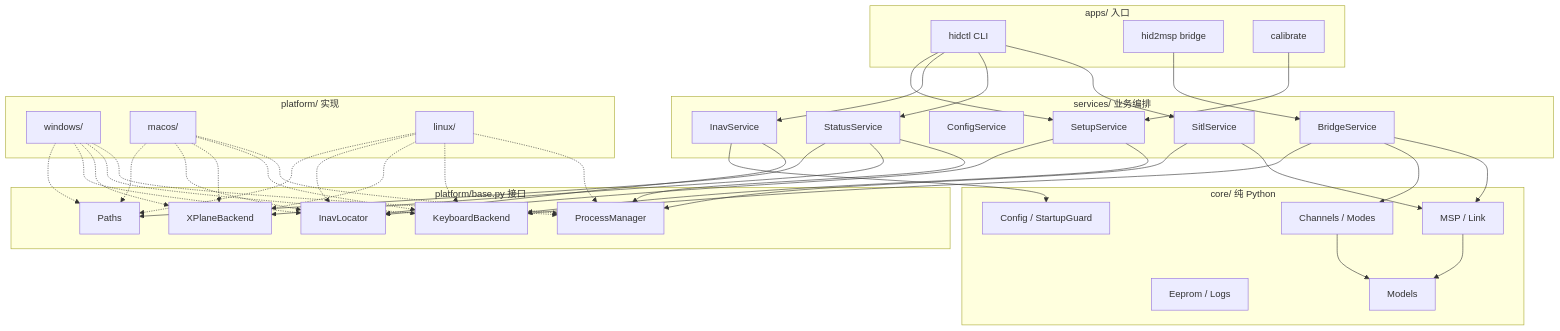
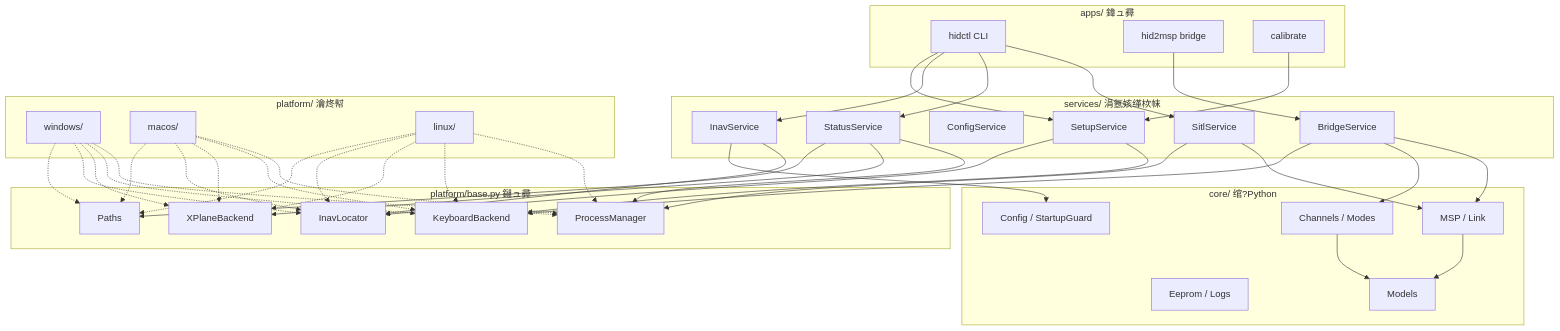
One commit to XinyiLiu577086410/Joystick-for-iNav-XPlane11-SITL changed the second of 9 diagrams in docs/cross-platform-refactor-plan.md. Above: the diagram before and after it, drawn with Mermaid. The commit also changed other lines of this file and 14 other files, not shown here.

````diff
--- a/docs/cross-platform-refactor-plan.md
+++ b/docs/cross-platform-refactor-plan.md
@@ -280,78 +240,78 @@
 ```mermaid
 flowchart TB
-    subgraph Apps["apps/ 入口"]
+    subgraph Apps["apps/ 鍏ュ彛"]
         A1["hidctl CLI"]
         A2["hid2msp bridge"]
         A3["calibrate"]
     end
 
-    subgraph Services["services/ 业务编排"]
+    subgraph Services["services/ 涓氬姟缂栨帓"]
         S1["SitlService"]
         S2["BridgeService"]
         S3["ConfigService"]
         S4["StatusService"]
         S5["InavService"]
         S6["SetupService"]
     end
 
-    subgraph Core["core/ 纯 Python"]
+    subgraph Core["core/ 绾?Python"]
         C1["MSP / Link"]
         C2["Channels / Modes"]
         C3["Config / StartupGuard"]
         C4["Eeprom / Logs"]
         C5["Models"]
     end
 
-    subgraph Ports["platform/base.py 接口"]
+    subgraph Ports["platform/base.py 鎺ュ彛"]
         P1["ProcessManager"]
         P2["KeyboardBackend"]
         P3["XPlaneBackend"]
         P4["InavLocator"]
         P5["Paths"]
     end
 
-    subgraph Impl["platform/ 实现"]
+    subgraph Impl["platform/ 瀹炵幇"]
         W["windows/"]
         M["macos/"]
         L["linux/"]
     end
 
     A1 --> S1
     A1 --> S4
     A1 --> S5
     A1 --> S6
     A2 --> S2
     A3 --> S6
 
     S1 --> C1
     S1 --> P1
     S2 --> C1
     S2 --> C2
     S2 --> P2
     S4 --> P1
     S4 --> P3
     S4 --> P5
     S5 --> P4
     S5 --> C3
     S6 --> P2
     S6 --> P4
 
     C1 --> C5
     C2 --> C5
 
     W -.-> P1
     W -.-> P2
     W -.-> P3
     W -.-> P4
     W -.-> P5
     M -.-> P1
     M -.-> P2
     M -.-> P3
     M -.-> P4
     M -.-> P5
     L -.-> P1
     L -.-> P2
     L -.-> P3
     L -.-> P4
     L -.-> P5
 ```
````
